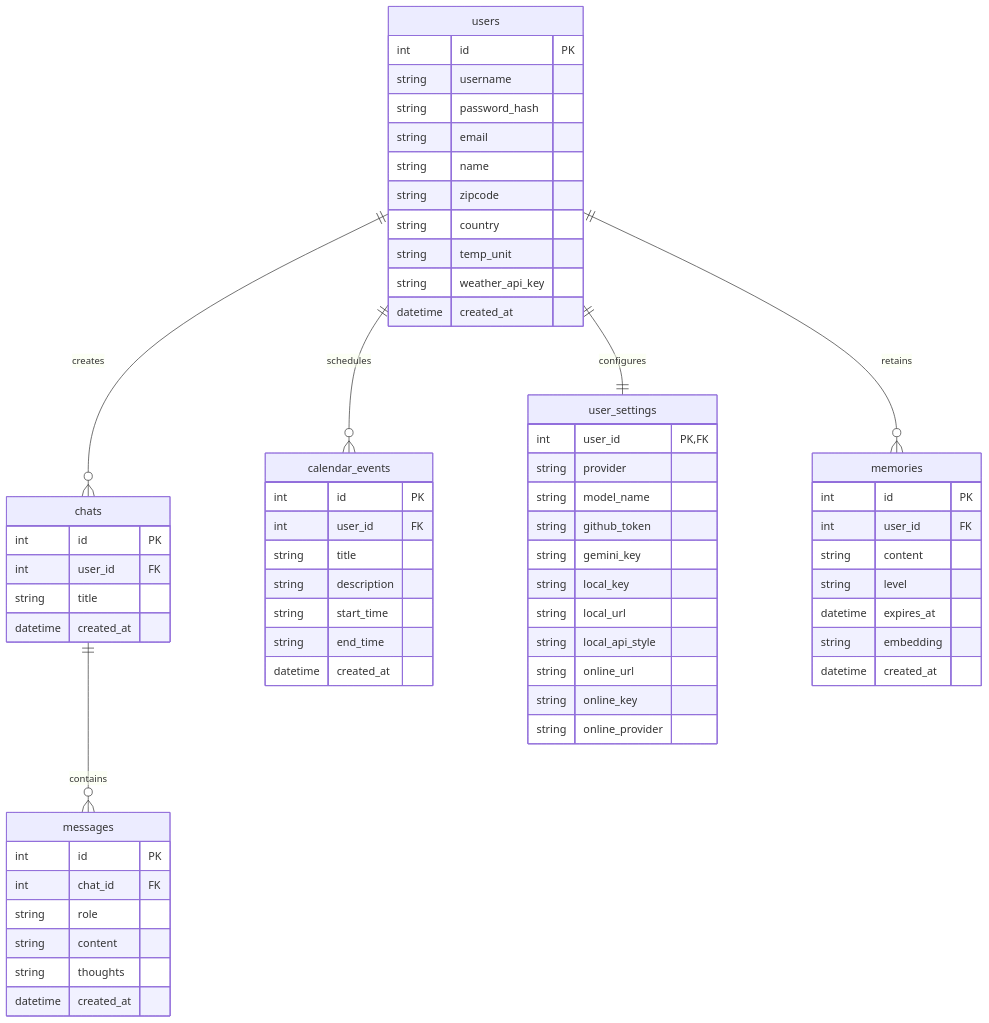
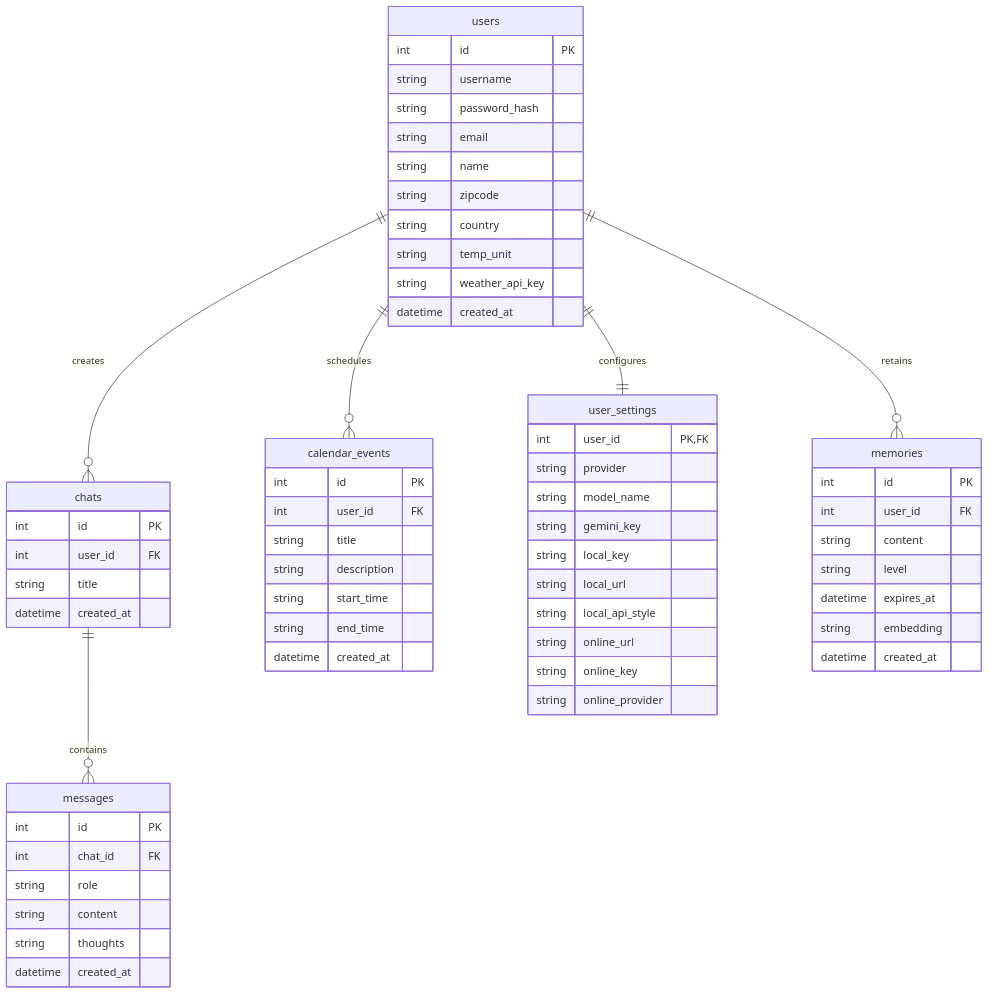
Before and after one commit to jjuhric/private_ai: the third of 3 diagrams in backend/README.md, drawn with Mermaid. The commit also changed other lines of this file and 44 other files, not shown here.

````diff
--- a/backend/README.md
+++ b/backend/README.md
@@ -120,71 +119,70 @@
 ```mermaid
 erDiagram
     users ||--o{ chats : "creates"
     users ||--o{ calendar_events : "schedules"
     users ||--|| user_settings : "configures"
     users ||--o{ memories : "retains"
     chats ||--o{ messages : "contains"
 
     users {
         int id PK
         string username
         string password_hash
         string email
         string name
         string zipcode
         string country
         string temp_unit
         string weather_api_key
         datetime created_at
     }
 
     chats {
         int id PK
         int user_id FK
         string title
         datetime created_at
     }
 
     messages {
         int id PK
         int chat_id FK
         string role
         string content
         string thoughts
         datetime created_at
     }
 
     calendar_events {
         int id PK
         int user_id FK
         string title
         string description
         string start_time
         string end_time
         datetime created_at
     }
 
     user_settings {
         int user_id PK, FK
         string provider
         string model_name
-        string github_token
         string gemini_key
         string local_key
         string local_url
         string local_api_style
         string online_url
         string online_key
         string online_provider
     }
 
     memories {
         int id PK
         int user_id FK
         string content
         string level
         datetime expires_at
         string embedding
         datetime created_at
     }
 ```
````
